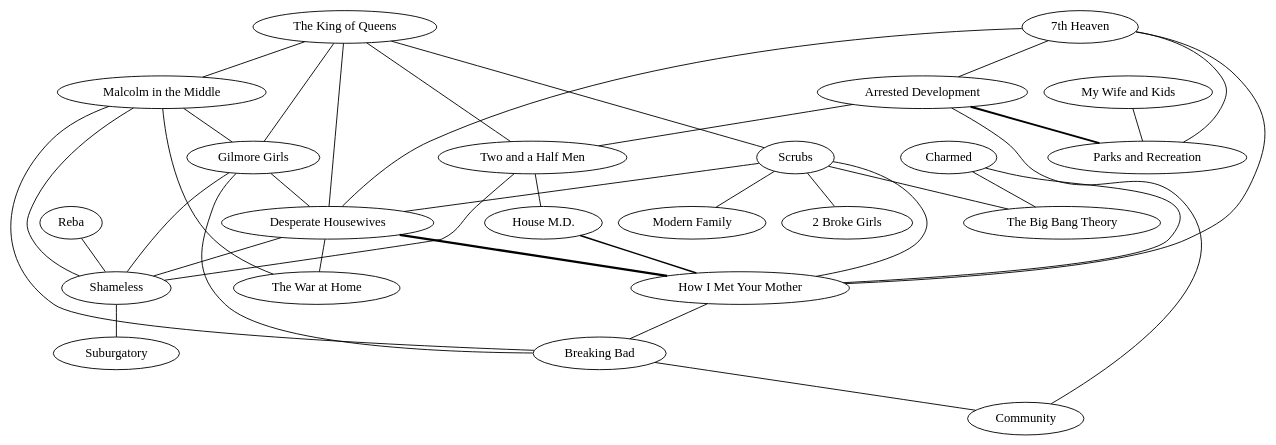
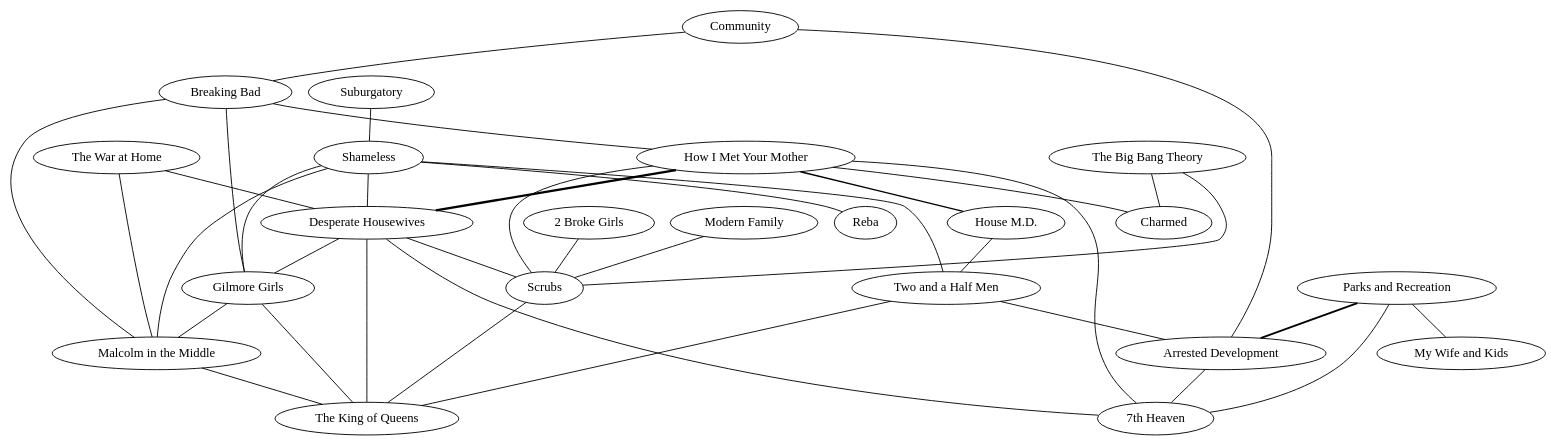
The diagram in gen/graph.dot (ljacqu/connectedshows), drawn with Graphviz before and after one commit. The commit also changed 14 other files, not shown here.

Commit message:
Better handling in "edit config" module, update graph example

```diff
--- a/gen/graph.dot
+++ b/gen/graph.dot
@@ -1,62 +1,65 @@
 graph {
-	gclhelkp [label="The King of Queens"];
-	ajbondbj [label="Malcolm in the Middle"];
-	pnhebhaj [label="Gilmore Girls"];
-	fahgbdea [label="Scrubs"];
-	kaclnnaa [label="7th Heaven"];
-	bbalaaga [label="Arrested Development"];
-	piiebapa [label="Two and a Half Men"];
-	ekampcfo [label="Desperate Housewives"];
-	ogchgihp [label="House M.D."];
-	lenpllcg [label="How I Met Your Mother"];
-	nnjagccd [label="Charmed"];
-	ilpkgpeb [label="The War at Home"];
-	jmpaimgg [label="The Big Bang Theory"];
-	ldcacdkd [label="Breaking Bad"];
-	glhlhpfe [label="Parks and Recreation"];
-	fbbeemnd [label="My Wife and Kids"];
-	ndmhpojc [label="Community"];
-	dmeeijpn [label="Modern Family"];
-	akhickjn [label="Shameless"];
-	cnopcckc [label="Reba"];
-	agbfblla [label="Suburgatory"];
-	idlojomo [label="2 Broke Girls"];
+ node [target="_top"];
+ edge [target="_top"];
 
-	gclhelkp -- ajbondbj [penwidth=1,color="black"];
-	gclhelkp -- pnhebhaj [penwidth=1,color="black"];
-	ajbondbj -- pnhebhaj [penwidth=1,color="black"];
-	gclhelkp -- fahgbdea [penwidth=1,color="black"];
-	kaclnnaa -- bbalaaga [penwidth=1,color="black"];
-	gclhelkp -- piiebapa [penwidth=1,color="black"];
-	bbalaaga -- piiebapa [penwidth=1,color="black"];
-	kaclnnaa -- ekampcfo [penwidth=1,color="black"];
-	gclhelkp -- ekampcfo [penwidth=1,color="black"];
-	pnhebhaj -- ekampcfo [penwidth=1,color="black"];
-	fahgbdea -- ekampcfo [penwidth=1,color="black"];
-	piiebapa -- ogchgihp [penwidth=1,color="black"];
-	kaclnnaa -- lenpllcg [penwidth=1,color="black"];
-	nnjagccd -- lenpllcg [penwidth=1,color="black"];
-	fahgbdea -- lenpllcg [penwidth=1,color="black"];
-	ekampcfo -- lenpllcg [penwidth=2.52,color="black"];
-	ogchgihp -- lenpllcg [penwidth=1.59,color="black"];
-	ajbondbj -- ilpkgpeb [penwidth=1,color="black"];
-	ekampcfo -- ilpkgpeb [penwidth=1,color="black"];
-	nnjagccd -- jmpaimgg [penwidth=1,color="black"];
-	fahgbdea -- jmpaimgg [penwidth=1,color="black"];
-	ajbondbj -- ldcacdkd [penwidth=1,color="black"];
-	pnhebhaj -- ldcacdkd [penwidth=1,color="black"];
-	lenpllcg -- ldcacdkd [penwidth=1,color="black"];
-	kaclnnaa -- glhlhpfe [penwidth=1,color="black"];
-	fbbeemnd -- glhlhpfe [penwidth=1,color="black"];
-	bbalaaga -- glhlhpfe [penwidth=2.08,color="black"];
-	bbalaaga -- ndmhpojc [penwidth=1,color="black"];
-	ldcacdkd -- ndmhpojc [penwidth=1,color="black"];
-	fahgbdea -- dmeeijpn [penwidth=1,color="black"];
-	ajbondbj -- akhickjn [penwidth=1,color="black"];
-	pnhebhaj -- akhickjn [penwidth=1,color="black"];
-	cnopcckc -- akhickjn [penwidth=1,color="black"];
-	piiebapa -- akhickjn [penwidth=1,color="black"];
-	ekampcfo -- akhickjn [penwidth=1,color="black"];
-	akhickjn -- agbfblla [penwidth=1,color="black"];
-	fahgbdea -- idlojomo [penwidth=1,color="black"];
+	m212671 [label="Malcolm in the Middle",href="../show.php?212671"];
+	m165581 [label="The King of Queens",href="../show.php?165581"];
+	m238784 [label="Gilmore Girls",href="../show.php?238784"];
+	m285403 [label="Scrubs",href="../show.php?285403"];
+	m367279 [label="Arrested Development",href="../show.php?367279"];
+	m115083 [label="7th Heaven",href="../show.php?115083"];
+	m369179 [label="Two and a Half Men",href="../show.php?369179"];
+	m410975 [label="Desperate Housewives",href="../show.php?410975"];
+	m412142 [label="House M.D.",href="../show.php?412142"];
+	m460649 [label="How I Met Your Mother",href="../show.php?460649"];
+	m158552 [label="Charmed",href="../show.php?158552"];
+	m460692 [label="The War at Home",href="../show.php?460692"];
+	m898266 [label="The Big Bang Theory",href="../show.php?898266"];
+	m903747 [label="Breaking Bad",href="../show.php?903747"];
+	m1266020 [label="Parks and Recreation",href="../show.php?1266020"];
+	m273855 [label="My Wife and Kids",href="../show.php?273855"];
+	m1439629 [label="Community",href="../show.php?1439629"];
+	m1442437 [label="Modern Family",href="../show.php?1442437"];
+	m1586680 [label="Shameless",href="../show.php?1586680"];
+	m284722 [label="Reba",href="../show.php?284722"];
+	m1741256 [label="Suburgatory",href="../show.php?1741256"];
+	m1845307 [label="2 Broke Girls",href="../show.php?1845307"];
+
+	m212671 -- m165581 [penwidth=1,color="black",href="../connection.php?212671-165581"]
+	m238784 -- m165581 [penwidth=1,color="black",href="../connection.php?238784-165581"]
+	m238784 -- m212671 [penwidth=1,color="black",href="../connection.php?238784-212671"]
+	m285403 -- m165581 [penwidth=1,color="black",href="../connection.php?285403-165581"]
+	m367279 -- m115083 [penwidth=1,color="black",href="../connection.php?367279-115083"]
+	m369179 -- m165581 [penwidth=1,color="black",href="../connection.php?369179-165581"]
+	m369179 -- m367279 [penwidth=1,color="black",href="../connection.php?369179-367279"]
+	m410975 -- m115083 [penwidth=1,color="black",href="../connection.php?410975-115083"]
+	m410975 -- m165581 [penwidth=1,color="black",href="../connection.php?410975-165581"]
+	m410975 -- m238784 [penwidth=1,color="black",href="../connection.php?410975-238784"]
+	m410975 -- m285403 [penwidth=1,color="black",href="../connection.php?410975-285403"]
+	m412142 -- m369179 [penwidth=1,color="black",href="../connection.php?412142-369179"]
+	m460649 -- m115083 [penwidth=1,color="black",href="../connection.php?460649-115083"]
+	m460649 -- m158552 [penwidth=1,color="black",href="../connection.php?460649-158552"]
+	m460649 -- m285403 [penwidth=1,color="black",href="../connection.php?460649-285403"]
+	m460649 -- m410975 [penwidth=2.52,color="black",href="../connection.php?460649-410975"]
+	m460649 -- m412142 [penwidth=1.59,color="black",href="../connection.php?460649-412142"]
+	m460692 -- m212671 [penwidth=1,color="black",href="../connection.php?460692-212671"]
+	m460692 -- m410975 [penwidth=1,color="black",href="../connection.php?460692-410975"]
+	m898266 -- m158552 [penwidth=1,color="black",href="../connection.php?898266-158552"]
+	m898266 -- m285403 [penwidth=1,color="black",href="../connection.php?898266-285403"]
+	m903747 -- m212671 [penwidth=1,color="black",href="../connection.php?903747-212671"]
+	m903747 -- m238784 [penwidth=1,color="black",href="../connection.php?903747-238784"]
+	m903747 -- m460649 [penwidth=1,color="black",href="../connection.php?903747-460649"]
+	m1266020 -- m115083 [penwidth=1,color="black",href="../connection.php?1266020-115083"]
+	m1266020 -- m273855 [penwidth=1,color="black",href="../connection.php?1266020-273855"]
+	m1266020 -- m367279 [penwidth=2.08,color="black",href="../connection.php?1266020-367279"]
+	m1439629 -- m367279 [penwidth=1,color="black",href="../connection.php?1439629-367279"]
+	m1439629 -- m903747 [penwidth=1,color="black",href="../connection.php?1439629-903747"]
+	m1442437 -- m285403 [penwidth=1,color="black",href="../connection.php?1442437-285403"]
+	m1586680 -- m212671 [penwidth=1,color="black",href="../connection.php?1586680-212671"]
+	m1586680 -- m238784 [penwidth=1,color="black",href="../connection.php?1586680-238784"]
+	m1586680 -- m284722 [penwidth=1,color="black",href="../connection.php?1586680-284722"]
+	m1586680 -- m369179 [penwidth=1,color="black",href="../connection.php?1586680-369179"]
+	m1586680 -- m410975 [penwidth=1,color="black",href="../connection.php?1586680-410975"]
+	m1741256 -- m1586680 [penwidth=1,color="black",href="../connection.php?1741256-1586680"]
+	m1845307 -- m285403 [penwidth=1,color="black",href="../connection.php?1845307-285403"]
 }
```
